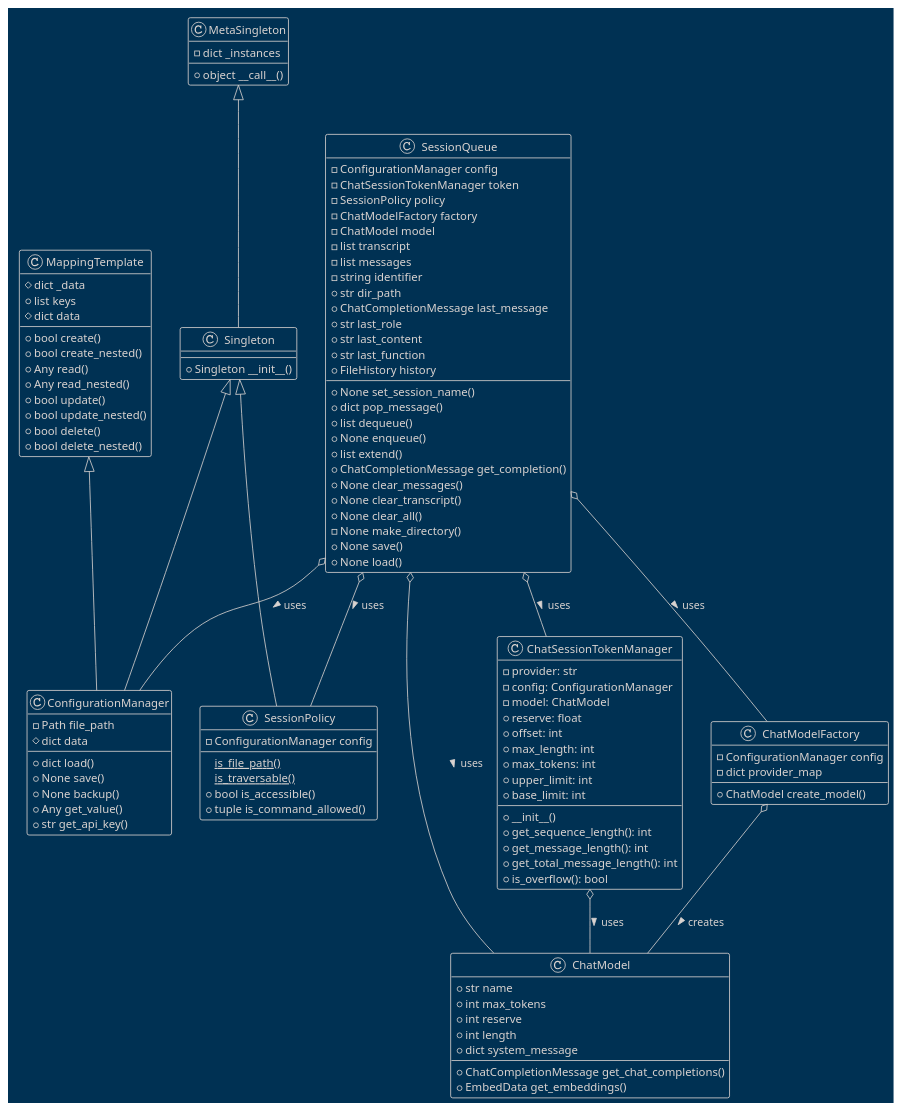
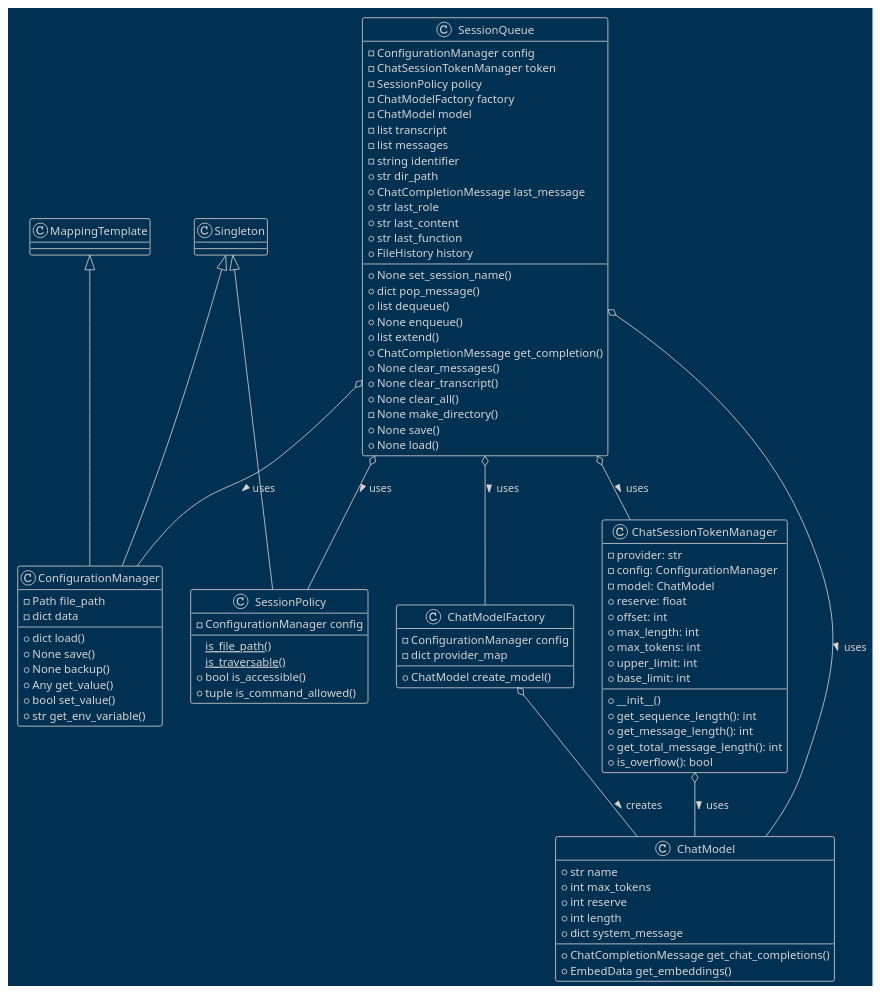
One commit to teleprint-me/py.gpt.prompt changed the diagram in docs/diagrams/plantuml/session_queue.puml. Above: the diagram before and after it, drawn with PlantUML. The commit also changed 5 other files, not shown here.

```diff
--- a/docs/diagrams/plantuml/session_queue.puml
+++ b/docs/diagrams/plantuml/session_queue.puml
@@ -1,118 +1,96 @@
 @startuml SessionQueue
 !theme blueprint
 
 ' docs/diagrams/plantuml/session_queue.puml
+
+class ConfigurationManager extends Singleton, MappingTemplate {
+  - Path file_path
+  - dict data
+  + dict load()
+  + None save()
+  + None backup()
+  + Any get_value()
+  + bool set_value()
+  + str get_env_variable()
+}
+
+class ChatModel {
+  + str name
+  + int max_tokens
+  + int reserve
+  + int length
+  + dict system_message
+  + ChatCompletionMessage get_chat_completions()
+  + EmbedData get_embeddings()
+}
+
+class ChatModelFactory {
+  - ConfigurationManager config
+  - dict provider_map
+  + ChatModel create_model()
+}
+
+class ChatSessionTokenManager {
+  - provider: str
+  - config: ConfigurationManager
+  - model: ChatModel
+  + reserve: float
+  + offset: int
+  + max_length: int
+  + max_tokens: int
+  + upper_limit: int
+  + base_limit: int
+  + __init__()
+  + get_sequence_length(): int
+  + get_message_length(): int
+  + get_total_message_length(): int
+  + is_overflow(): bool
+}
+
+class SessionPolicy extends Singleton {
+  - ConfigurationManager config
+  {static} is_file_path()
+  {static} is_traversable()
+  + bool is_accessible()
+  + tuple is_command_allowed()
+}
 
 class SessionQueue {
   - ConfigurationManager config
   - ChatSessionTokenManager token
   - SessionPolicy policy
   - ChatModelFactory factory
   - ChatModel model
   - list transcript
   - list messages
   - string identifier
   + str dir_path
   + ChatCompletionMessage last_message
   + str last_role
   + str last_content
   + str last_function
   + FileHistory history
   + None set_session_name()
   + dict pop_message()
   + list dequeue()
   + None enqueue()
   + list extend()
   + ChatCompletionMessage get_completion()
   + None clear_messages()
   + None clear_transcript()
   + None clear_all()
   - None make_directory()
   + None save()
   + None load()
 }
 
-class MetaSingleton {
-    - dict _instances
-    + object __call__()
-}
-
-class Singleton extends MetaSingleton {
-  + Singleton __init__()
-}
-
-class MappingTemplate {
-  # dict _data
-  + list keys
-  # dict data
-  + bool create()
-  + bool create_nested()
-  + Any read()
-  + Any read_nested()
-  + bool update()
-  + bool update_nested()
-  + bool delete()
-  + bool delete_nested()
-}
-
-class ConfigurationManager extends Singleton, MappingTemplate {
-  - Path file_path
-  # dict data
-  + dict load()
-  + None save()
-  + None backup()
-  + Any get_value()
-  + str get_api_key()
-}
-
-class ChatSessionTokenManager {
-  - provider: str
-  - config: ConfigurationManager
-  - model: ChatModel
-  + reserve: float
-  + offset: int
-  + max_length: int
-  + max_tokens: int
-  + upper_limit: int
-  + base_limit: int
-  + __init__()
-  + get_sequence_length(): int
-  + get_message_length(): int
-  + get_total_message_length(): int
-  + is_overflow(): bool
-}
-
-class SessionPolicy extends Singleton {
-  - ConfigurationManager config
-  {static} is_file_path()
-  {static} is_traversable()
-  + bool is_accessible()
-  + tuple is_command_allowed()
-}
-
-class ChatModelFactory {
-  - ConfigurationManager config
-  - dict provider_map
-  + ChatModel create_model()
-}
-
-class ChatModel {
-  + str name
-  + int max_tokens
-  + int reserve
-  + int length
-  + dict system_message
-  + ChatCompletionMessage get_chat_completions()
-  + EmbedData get_embeddings()
-}
-
 ' Define relationships
 
 SessionQueue o-- ConfigurationManager : uses >
 SessionQueue o-- ChatSessionTokenManager : uses >
 SessionQueue o-- SessionPolicy : uses >
 SessionQueue o-- ChatModel : uses >
 ChatSessionTokenManager o-- ChatModel : uses >
 ChatModelFactory o-- ChatModel : creates >
 SessionQueue o-- ChatModelFactory : uses >
 @enduml
```
